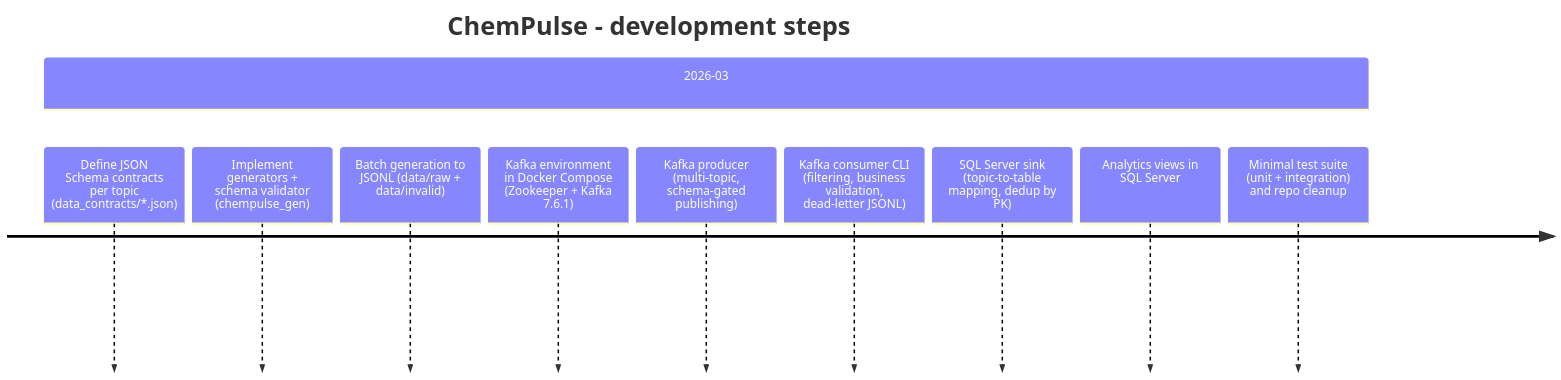
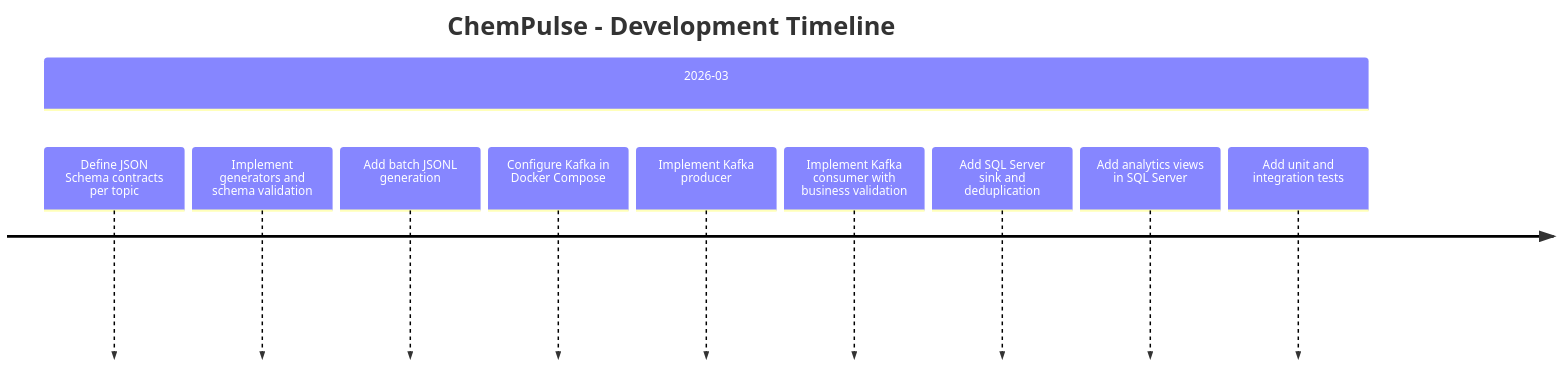
The second of 2 diagrams in README.md (Soriader/ChemPulse), drawn with Mermaid before and after one commit. The commit also changed other lines of this file, not shown here.

Commit message:
[~] Rebuilt diagrams in README.md

````diff
--- a/README.md
+++ b/README.md
@@ -813,15 +796,15 @@
 ```mermaid
 timeline
-  title ChemPulse - development steps
+  title ChemPulse - Development Timeline
 
   section 2026-03
-    Define JSON Schema contracts per topic (data_contracts/*.json)
-    Implement generators + schema validator (chempulse_gen)
-    Batch generation to JSONL (data/raw + data/invalid)
-    Kafka environment in Docker Compose (Zookeeper + Kafka 7.6.1)
-    Kafka producer (multi-topic, schema-gated publishing)
-    Kafka consumer CLI (filtering, business validation, dead-letter JSONL)
-    SQL Server sink (topic-to-table mapping, dedup by PK)
-    Analytics views in SQL Server
-    Minimal test suite (unit + integration) and repo cleanup
+    Define JSON Schema contracts per topic
+    Implement generators and schema validation
+    Add batch JSONL generation
+    Configure Kafka in Docker Compose
+    Implement Kafka producer
+    Implement Kafka consumer with business validation
+    Add SQL Server sink and deduplication
+    Add analytics views in SQL Server
+    Add unit and integration tests
 ```
````
